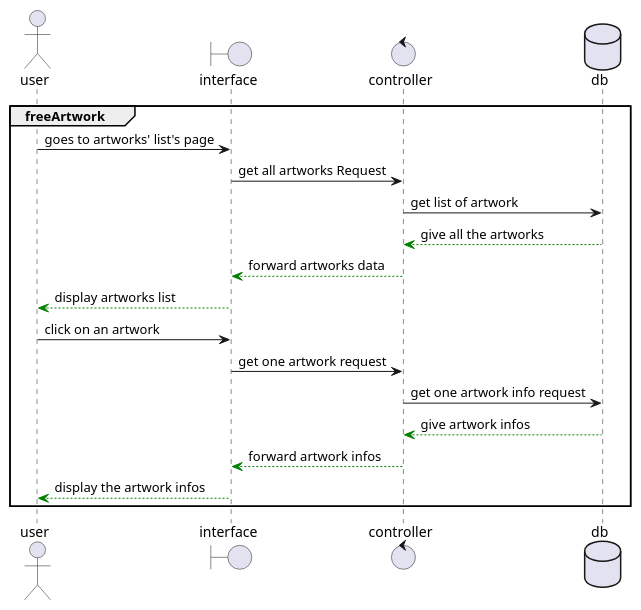
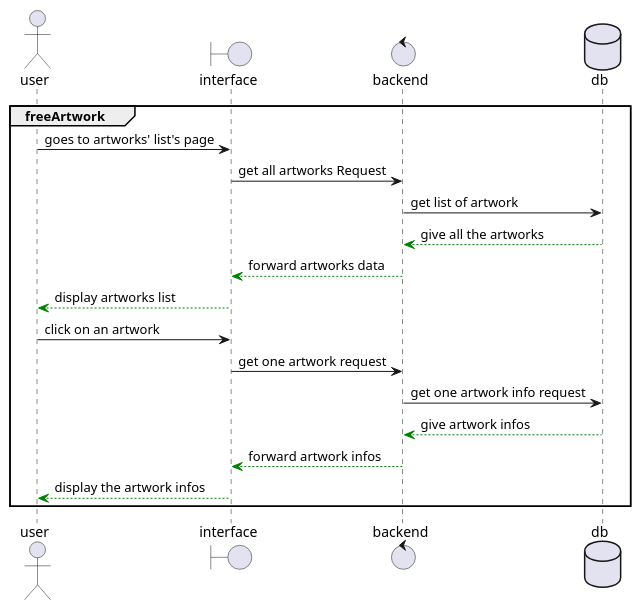
The diagram in scenarios/getArtworks.puml (Anthony-Jhoiro/BibloDoc), drawn with PlantUML before and after one commit.

Commit message:
change controller to backend

```diff
--- a/scenarios/getArtworks.puml
+++ b/scenarios/getArtworks.puml
@@ -1,21 +1,21 @@
 @startuml Add Artwork
 actor user
 boundary interface
-control controller
+control backend
 database db
 
 group freeArtwork
     user -> interface : goes to artworks' list's page
-        interface -> controller : get all artworks Request
-            controller -> db : get list of artwork
-            db -[#green]-> controller : give all the artworks
-        controller -[#green]-> interface : forward artworks data
+        interface -> backend : get all artworks Request
+            backend -> db : get list of artwork
+            db -[#green]-> backend : give all the artworks
+        backend -[#green]-> interface : forward artworks data
     interface -[#green]-> user : display artworks list
     user -> interface : click on an artwork
-        interface -> controller : get one artwork request
-            controller -> db : get one artwork info request
-            db -[#green]-> controller : give artwork infos
-        controller -[#green]-> interface : forward artwork infos
+        interface -> backend : get one artwork request
+            backend -> db : get one artwork info request
+            db -[#green]-> backend : give artwork infos
+        backend -[#green]-> interface : forward artwork infos
     interface -[#green]-> user : display the artwork infos
 end
 @enduml
```
